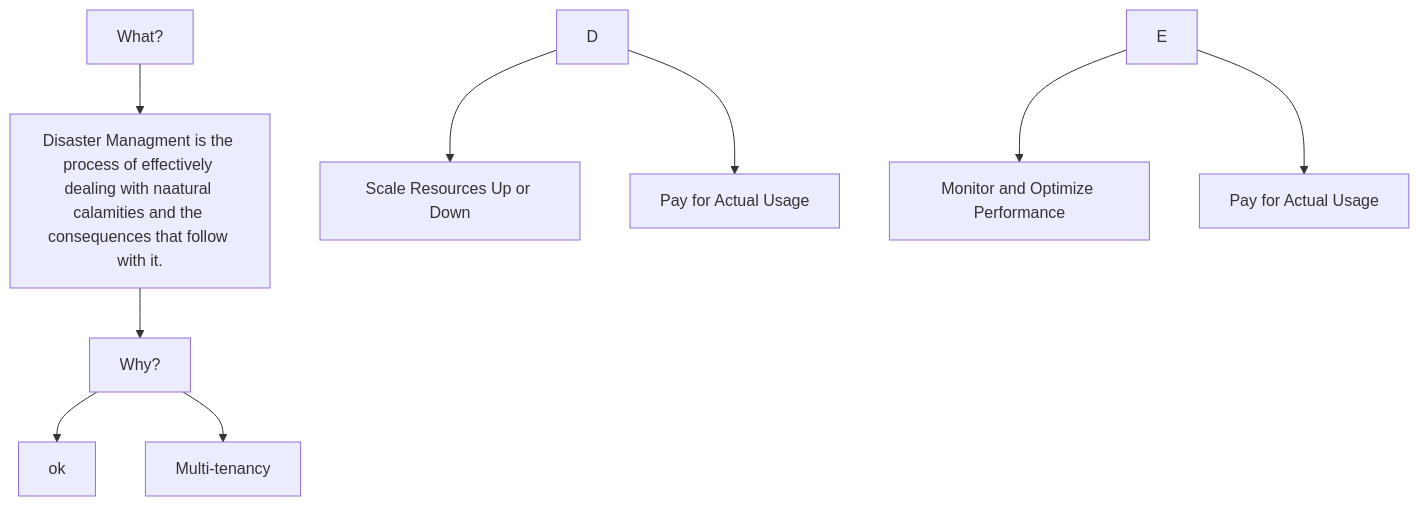
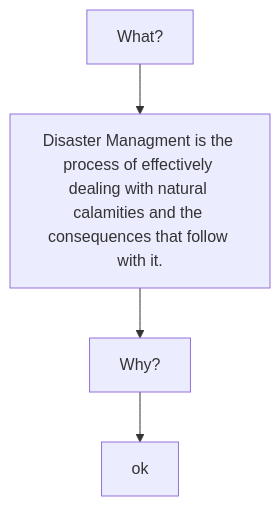
One commit to SivaaB/File_Leak_Detection changed the diagram in flowchart2.md. Above: the diagram before and after it, drawn with Mermaid.

````diff
--- a/flowchart2.md
+++ b/flowchart2.md
@@ -1,11 +1,6 @@
 ```mermaid
 graph TD
-A[What?] --> B[Disaster Managment is the process of effectively dealing with naatural calamities and the consequences that follow with it.]
+A[What?] --> B[Disaster Managment is the process of effectively dealing with natural calamities and the consequences that follow with it.]
 B --> C[Why?] 
-C --> H[ok]
-C --> I[Multi-tenancy]
-D --> J[Scale Resources Up or Down]
-D --> K[Pay for Actual Usage]
-E --> L[Monitor and Optimize Performance]
-E --> M[Pay for Actual Usage]
+C --> D[ok]
  ```
````
